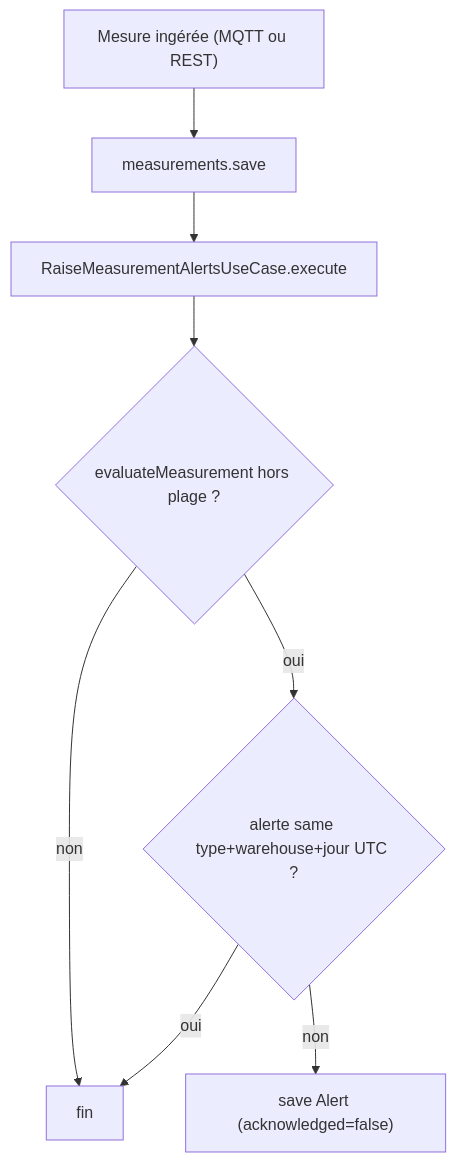
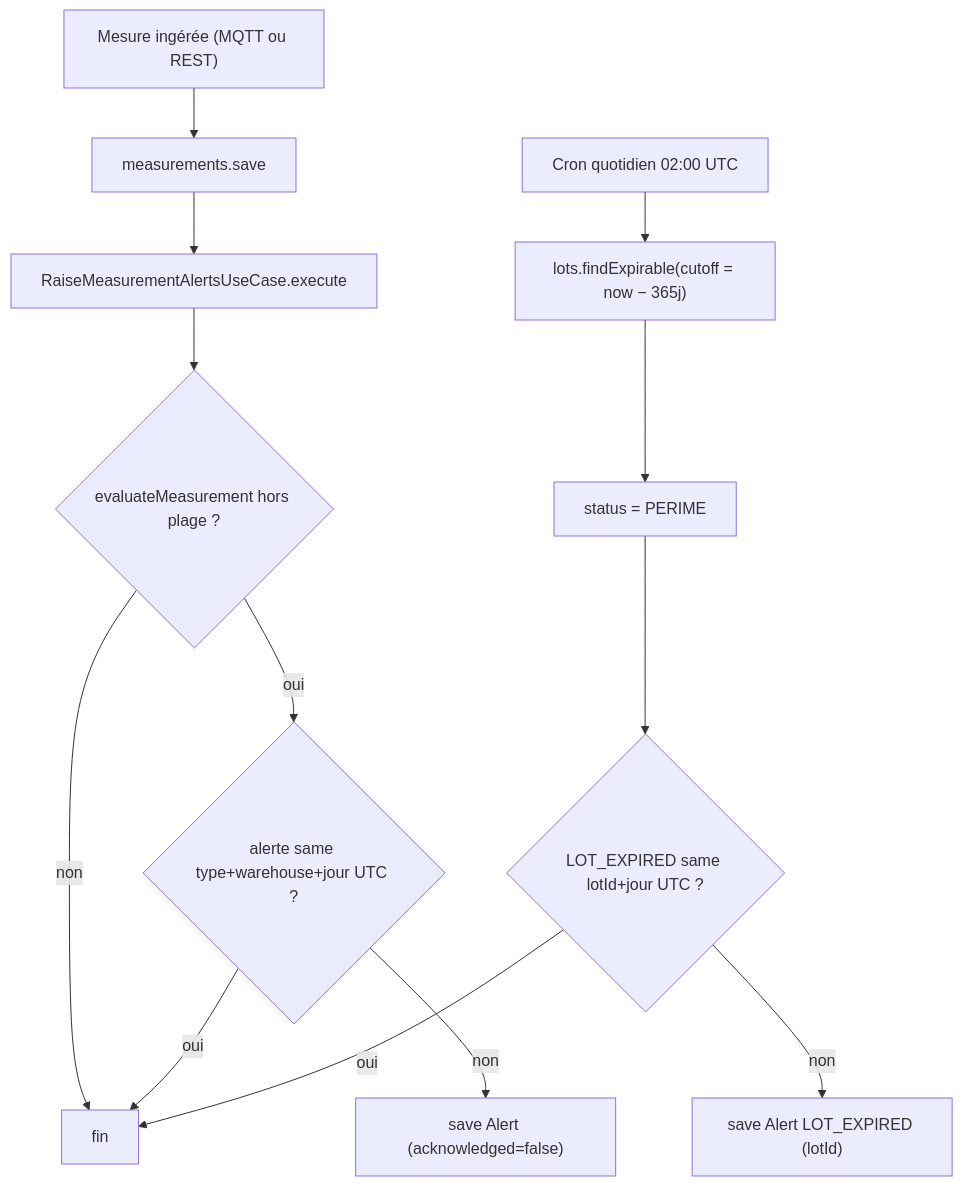
Before and after one commit to Enzobu/MSPR-TPRE-814: the diagram in docs/features/alerts.md, drawn with Mermaid. The commit also changed other lines of this file and 17 other files, not shown here.

First line of the commit message:
feat(pays): daily cron for lot expiration alerts (LOT_EXPIRED)

````diff
--- a/docs/features/alerts.md
+++ b/docs/features/alerts.md
@@ -82,10 +104,15 @@
 ```mermaid
 flowchart TD
     M["Mesure ingérée (MQTT ou REST)"] --> S["measurements.save"]
     S --> R["RaiseMeasurementAlertsUseCase.execute"]
     R --> E{"evaluateMeasurement hors plage ?"}
     E -- non --> OK["fin"]
     E -- oui --> D{"alerte same type+warehouse+jour UTC ?"}
     D -- oui --> OK
     D -- non --> P["save Alert (acknowledged=false)"]
+    C["Cron quotidien 02:00 UTC"] --> F["lots.findExpirable(cutoff = now − 365j)"]
+    F --> U["status = PERIME"]
+    U --> DL{"LOT_EXPIRED same lotId+jour UTC ?"}
+    DL -- oui --> OK
+    DL -- non --> PL["save Alert LOT_EXPIRED (lotId)"]
 ```
````
